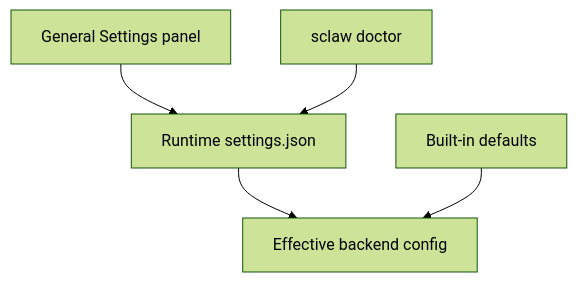
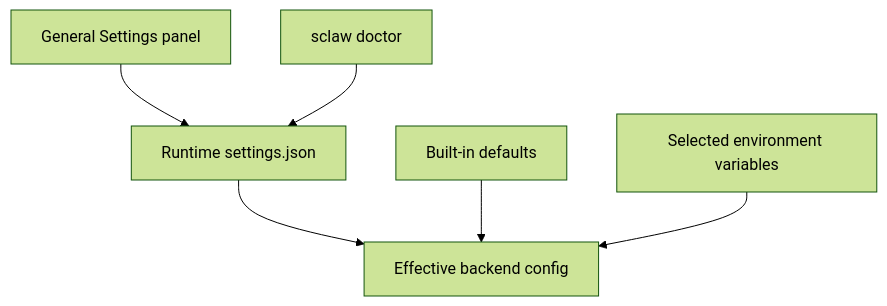
Before and after one commit to structureclaw/structureclaw: the second of 3 diagrams in docs/handbook.md, drawn with Mermaid (forest theme). The commit also changed other lines of this file and 8 other files, not shown here.

````diff
--- a/docs/handbook.md
+++ b/docs/handbook.md
@@ -180,7 +182,8 @@
 ```mermaid
 flowchart TD
   Settings[Runtime settings.json] --> Effective[Effective backend config]
   Defaults[Built-in defaults] --> Effective
+  Env[Selected environment variables] --> Effective
   UI[General Settings panel] --> Settings
   Doctor[sclaw doctor] --> Settings
 ```
````
